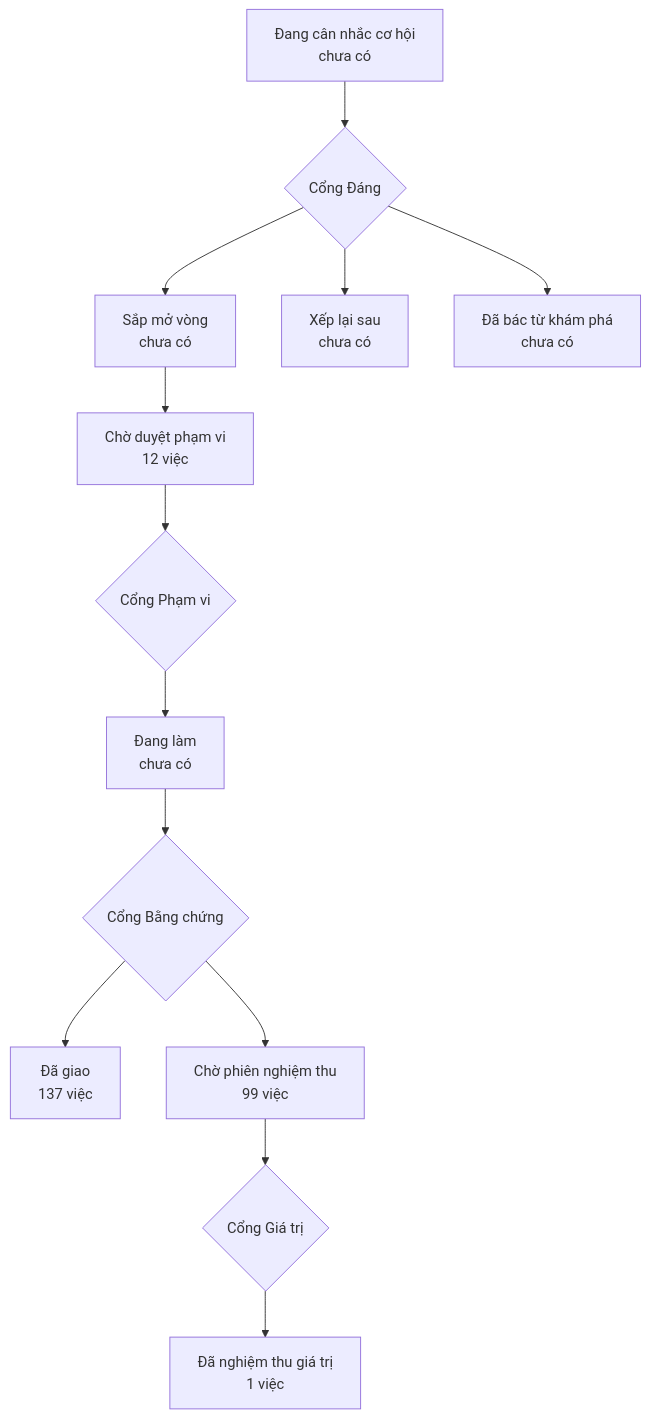
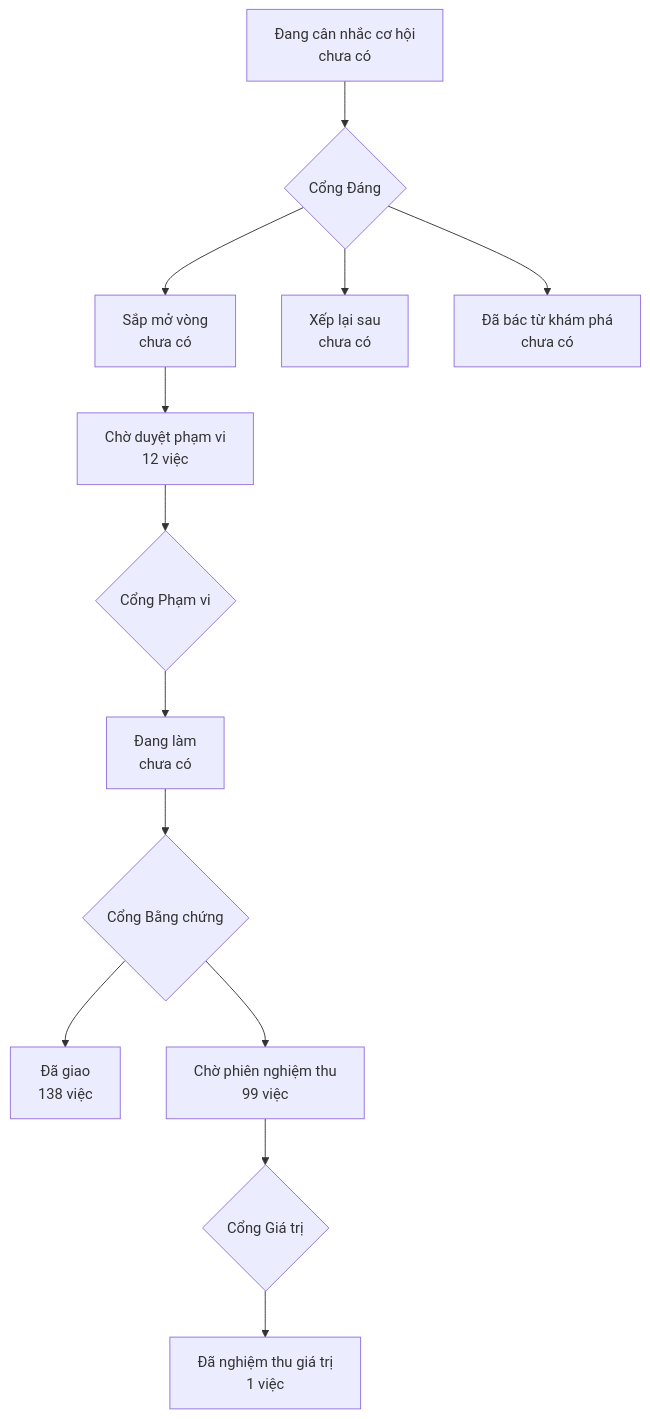
The diagram in PRODUCT-MAP.md (phanlemanh/onehub-invest), drawn with Mermaid before and after one commit. The commit also changed other lines of this file and 1 other file, not shown here.

Commit message:
docs: vẽ lại bản đồ sau khi gộp main

````diff
--- a/PRODUCT-MAP.md
+++ b/PRODUCT-MAP.md
@@ -7,12 +7,12 @@
 ```mermaid
 flowchart TD
   A["Đang cân nhắc cơ hội<br/>chưa có"] --> GD{"Cổng Đáng"}
   GD --> B["Sắp mở vòng<br/>chưa có"]
   GD --> XL["Xếp lại sau<br/>chưa có"]
   GD --> DB["Đã bác từ khám phá<br/>chưa có"]
   B --> CD["Chờ duyệt phạm vi<br/>12 việc"] --> GP{"Cổng Phạm vi"}
   GP --> DL["Đang làm<br/>chưa có"] --> GB{"Cổng Bằng chứng"}
-  GB --> DG["Đã giao<br/>137 việc"]
+  GB --> DG["Đã giao<br/>138 việc"]
   GB --> CN["Chờ phiên nghiệm thu<br/>99 việc"] --> GG{"Cổng Giá trị"}
   GG --> NT["Đã nghiệm thu giá trị<br/>1 việc"]
 ```
````
